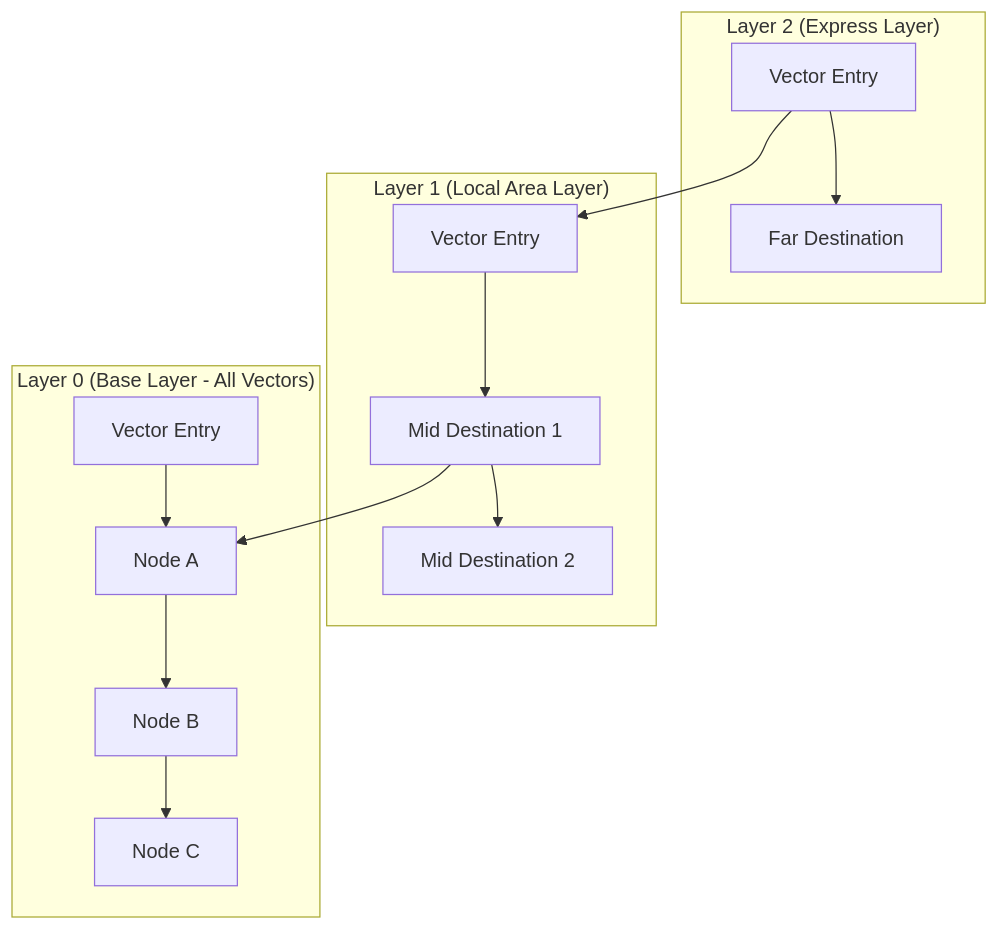
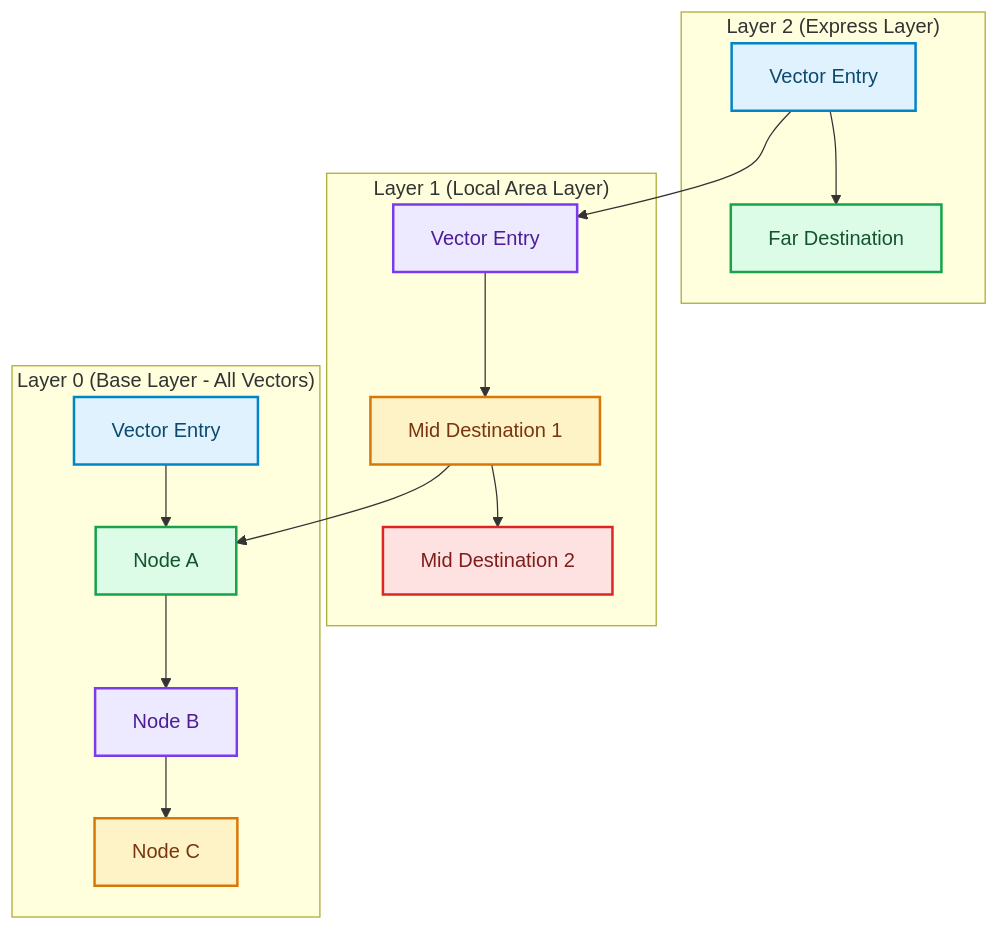
Before and after one commit to akmalkhaniub/akmalkhaniub.github.io: the diagram in blog/posts/vector-db-hnsw-index-tuning-pgvector-qdrant.md, drawn with Mermaid. The commit also changed other lines of this file and 1291 other files, not shown here.

First line of the commit message:
feat(catalog): unique covers, scholarly references, and diagram palettes

````diff
--- a/blog/posts/vector-db-hnsw-index-tuning-pgvector-qdrant.md
+++ b/blog/posts/vector-db-hnsw-index-tuning-pgvector-qdrant.md
@@ -15,17 +15,28 @@
 ```mermaid
 flowchart TD
   subgraph SG1_Layer2Express ["Layer 2 (Express Layer)"]
-    L2_A[Vector Entry] --> L2_B[Far Destination]
+    L2_A["Vector Entry"] --> L2_B["Far Destination"]
   end
   subgraph SG2_Layer1Local ["Layer 1 (Local Area Layer)"]
-    L1_A[Vector Entry] --> L1_B[Mid Destination 1]
-    L1_B --> L1_C[Mid Destination 2]
+    L1_A["Vector Entry"] --> L1_B["Mid Destination 1"]
+    L1_B --> L1_C["Mid Destination 2"]
   end
   subgraph SG3_Layer0Base ["Layer 0 (Base Layer - All Vectors)"]
-    L0_A[Vector Entry] --> L0_B[Node A]
-    L0_B --> L0_C[Node B]
-    L0_C --> L0_D[Node C]
+    L0_A["Vector Entry"] --> L0_B["Node A"]
+    L0_B --> L0_C["Node B"]
+    L0_C --> L0_D["Node C"]
   end
   L2_A --> L1_A
   L1_B --> L0_B
+
+classDef green fill:#dcfce7,stroke:#16a34a,stroke-width:2px,color:#14532d;
+classDef red fill:#fee2e2,stroke:#dc2626,stroke-width:2px,color:#7f1d1d;
+classDef blue fill:#e0f2fe,stroke:#0284c7,stroke-width:2px,color:#0c4a6e;
+classDef yellow fill:#fef3c7,stroke:#d97706,stroke-width:2px,color:#78350f;
+classDef purple fill:#ede9fe,stroke:#7c3aed,stroke-width:2px,color:#4c1d95;
+class L2_A,L0_A blue
+class L2_B,L0_B green
+class L1_A,L0_C purple
+class L1_B,L0_D yellow
+class L1_C red
 ```
````
